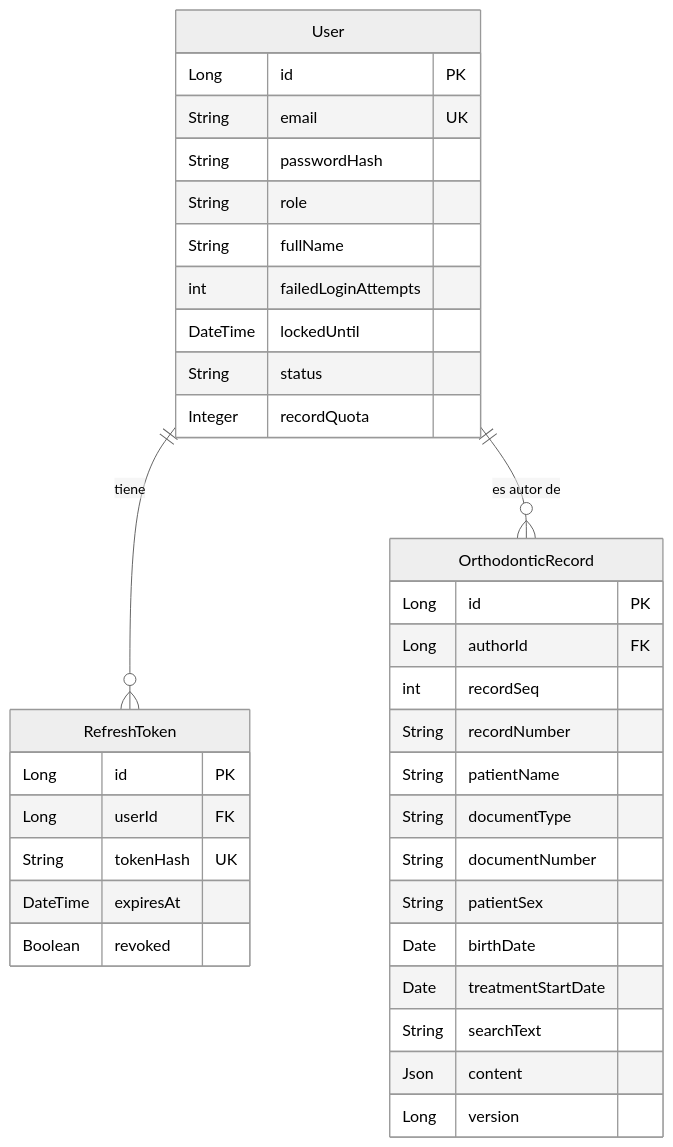
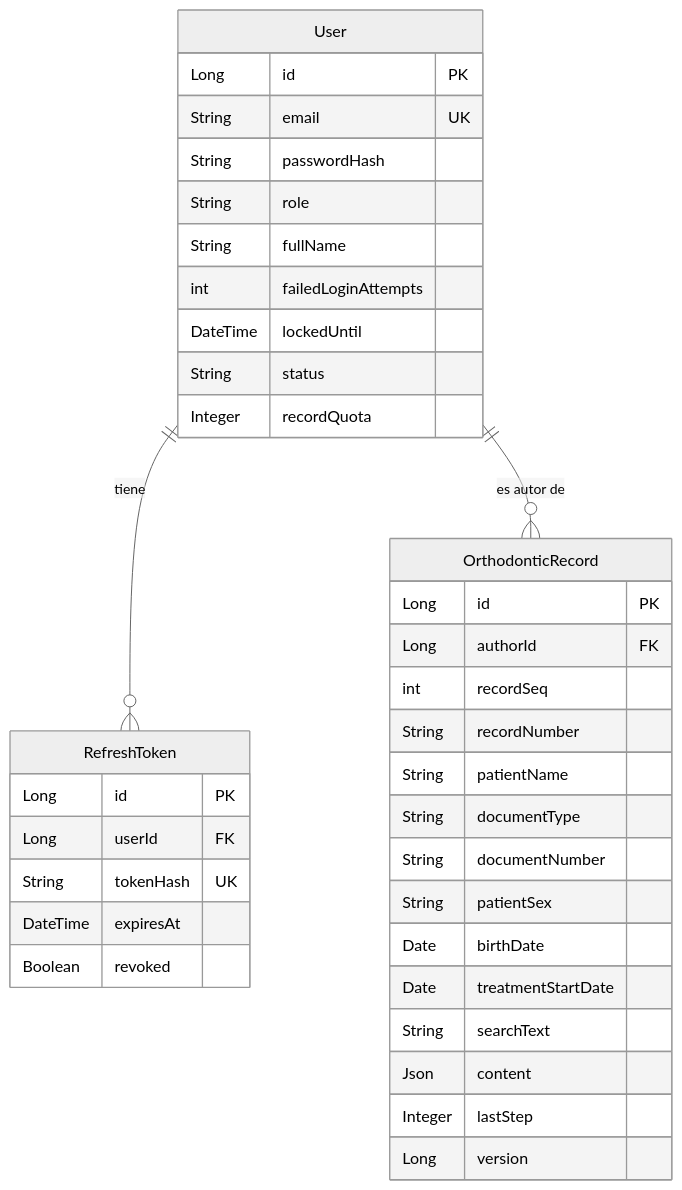
Before and after one commit to Davico84/HSOFACOP: the diagram in docs/domain.md, drawn with Mermaid (neutral theme). The commit also changed other lines of this file and 7 other files, not shown here.

````diff
--- a/docs/domain.md
+++ b/docs/domain.md
@@ -100,39 +101,40 @@
 ```mermaid
 erDiagram
     User ||--o{ RefreshToken : "tiene"
     User ||--o{ OrthodonticRecord : "es autor de"
 
     User {
         Long id PK
         String email UK
         String passwordHash
         String role
         String fullName
         int failedLoginAttempts
         DateTime lockedUntil
         String status
         Integer recordQuota
     }
     RefreshToken {
         Long id PK
         Long userId FK
         String tokenHash UK
         DateTime expiresAt
         Boolean revoked
     }
     OrthodonticRecord {
         Long id PK
         Long authorId FK
         int recordSeq
         String recordNumber
         String patientName
         String documentType
         String documentNumber
         String patientSex
         Date birthDate
         Date treatmentStartDate
         String searchText
         Json content
+        Integer lastStep
         Long version
     }
 ```
````
